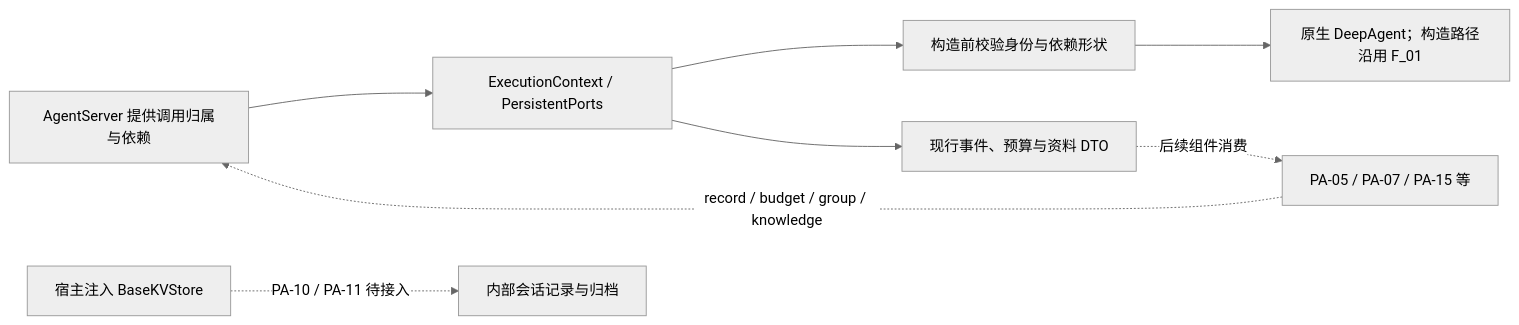
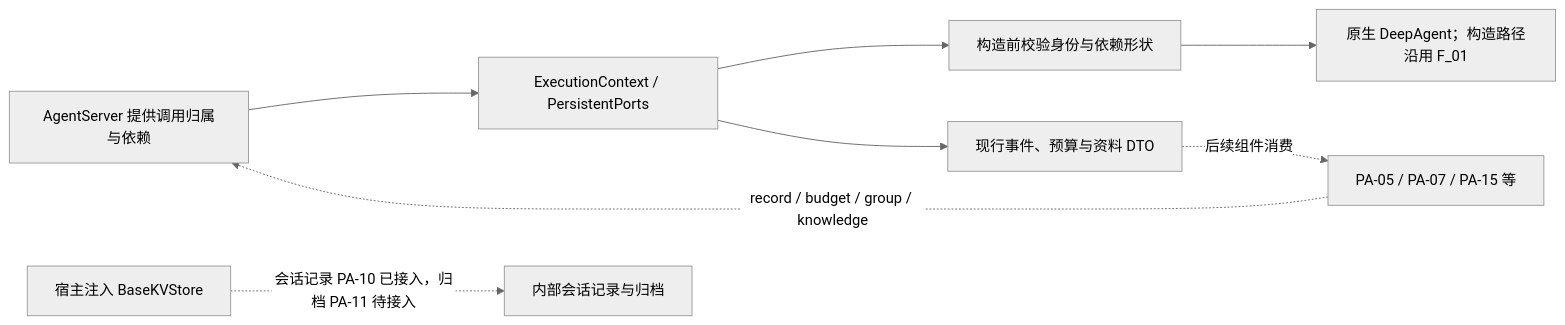
Before and after one commit to openJiuwen-ai/agent-core: the diagram in openjiuwen/harness/persistent_agent/docs/features/F_04_contract-convergence.md, drawn with Mermaid (neutral theme). The commit also changed other lines of this file and 10 other files, not shown here.

````diff
--- a/openjiuwen/harness/persistent_agent/docs/features/F_04_contract-convergence.md
+++ b/openjiuwen/harness/persistent_agent/docs/features/F_04_contract-convergence.md
@@ -66,10 +66,10 @@
 ```mermaid
 flowchart LR
     Host["AgentServer 提供调用归属与依赖"] --> Context["ExecutionContext / PersistentPorts"]
     Context --> Validate["构造前校验身份与依赖形状"]
     Validate --> Agent["原生 DeepAgent；构造路径沿用 F_01"]
     Context --> DTO["现行事件、预算与资料 DTO"]
     DTO -.->|后续组件消费| Runtime["PA-05 / PA-07 / PA-15 等"]
     Runtime -.->|record / budget / group / knowledge| Host
-    Backend["宿主注入 BaseKVStore"] -.->|PA-10 / PA-11 待接入| Store["内部会话记录与归档"]
+    Backend["宿主注入 BaseKVStore"] -.->|会话记录 PA-10 已接入，归档 PA-11 待接入| Store["内部会话记录与归档"]
 ```
````
